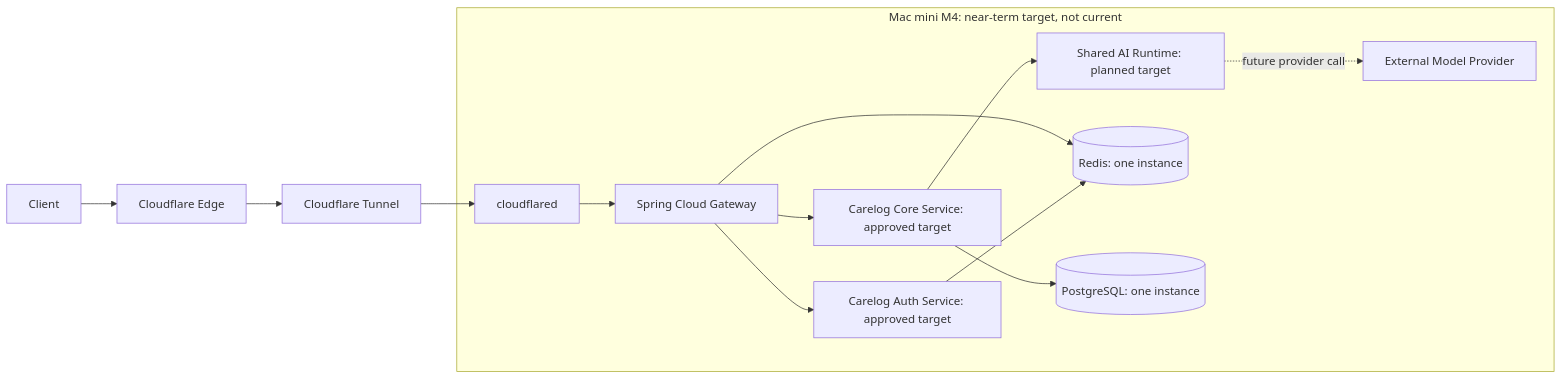
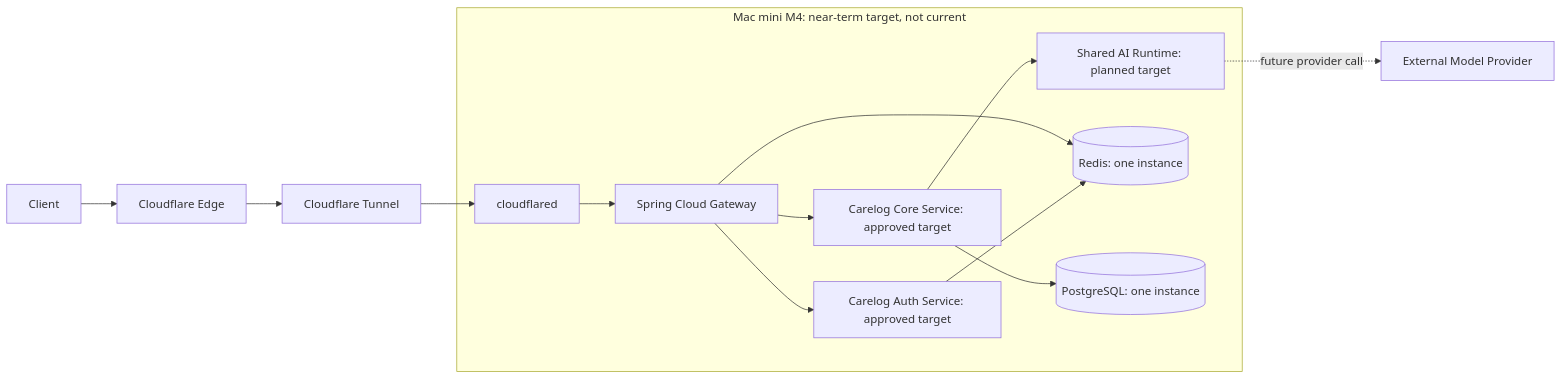
The third of 5 diagrams in docs/architecture/runtime-deployment-profiles.md (ranikun-labs/carelog-be), drawn with Mermaid before and after one commit.

Commit message:
docs(architecture): 외부 모델 제공자의 실행 경계를 바로잡아

````diff
--- a/docs/architecture/runtime-deployment-profiles.md
+++ b/docs/architecture/runtime-deployment-profiles.md
@@ -79,16 +79,17 @@
 ```mermaid
 flowchart LR
     client[Client] --> edge[Cloudflare Edge]
     edge --> tunnel[Cloudflare Tunnel]
     subgraph host[Mac mini M4: near-term target, not current]
         connector[cloudflared] --> gateway[Spring Cloud Gateway]
         gateway --> auth[Carelog Auth Service: approved target]
         gateway --> core[Carelog Core Service: approved target]
         core --> ai[Shared AI Runtime: planned target]
         gateway --> redis[(Redis: one instance)]
         auth --> redis
         core --> postgres[(PostgreSQL: one instance)]
-        ai -. future provider call .-> provider[External Model Provider]
     end
+    provider[External Model Provider]
+    ai -. future provider call .-> provider
     tunnel --> connector
 ```
````
